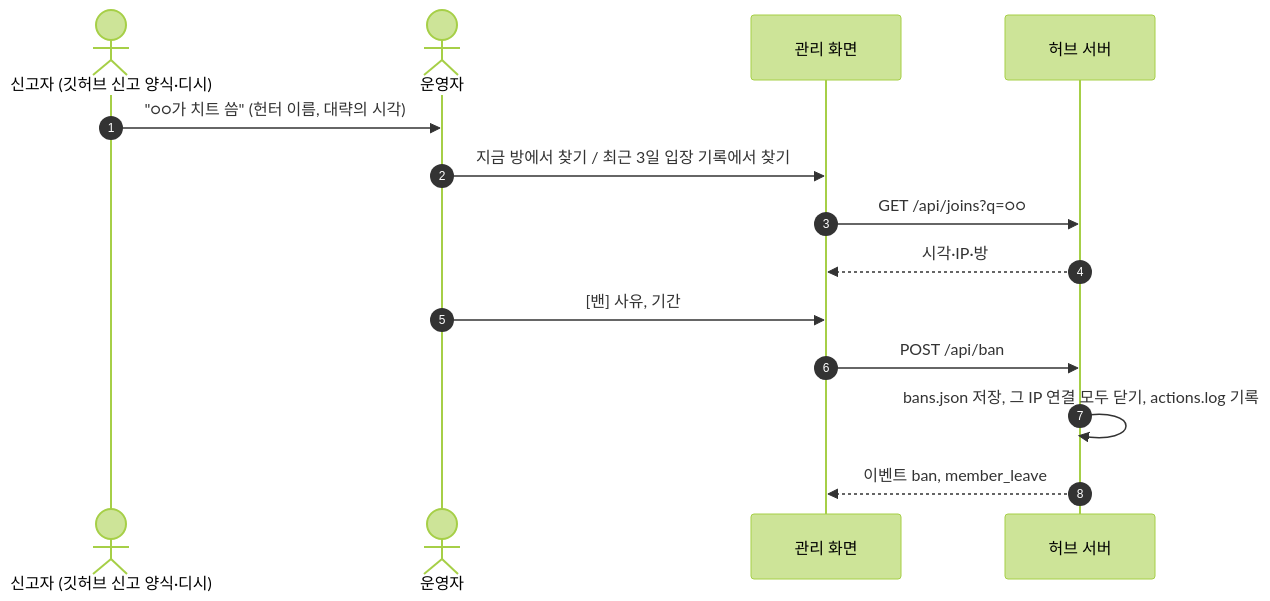
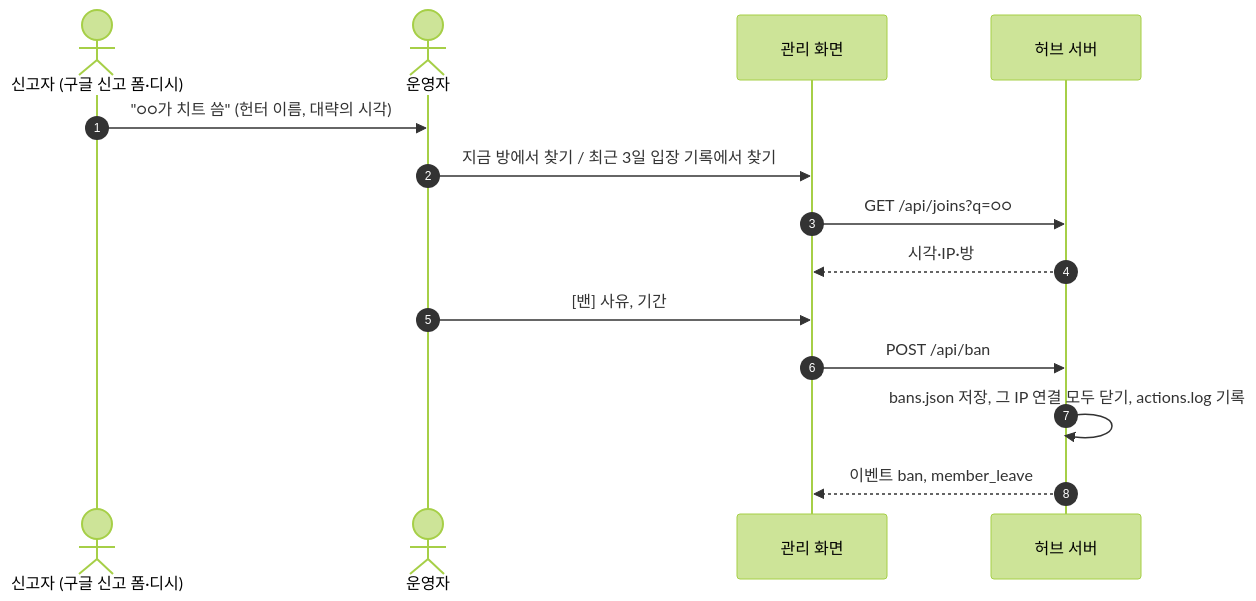
One commit to SDK1175/MHXXRecomp changed the fourth of 5 diagrams in docs/hub-admin.md. Above: the diagram before and after it, drawn with Mermaid (forest theme). The commit also changed 3 other files, not shown here.

````diff
--- a/docs/hub-admin.md
+++ b/docs/hub-admin.md
@@ -190,17 +190,17 @@
 ```mermaid
 sequenceDiagram
   autonumber
-  actor R as 신고자 (깃허브 신고 양식·디시)
+  actor R as 신고자 (구글 신고 폼·디시)
   actor A as 운영자
   participant UI as 관리 화면
   participant Hub as 허브 서버
 
   R->>A: "○○가 치트 씀" (헌터 이름, 대략의 시각)
   A->>UI: 지금 방에서 찾기 / 최근 3일 입장 기록에서 찾기
   UI->>Hub: GET /api/joins?q=○○
   Hub-->>UI: 시각·IP·방
   A->>UI: [밴] 사유, 기간
   UI->>Hub: POST /api/ban
   Hub->>Hub: bans.json 저장, 그 IP 연결 모두 닫기, actions.log 기록
   Hub-->>UI: 이벤트 ban, member_leave
 ```
````
